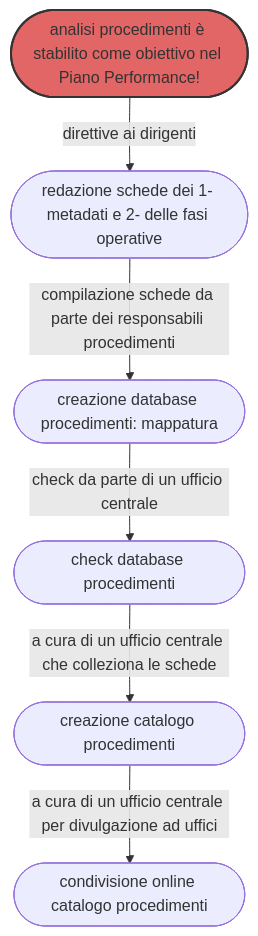
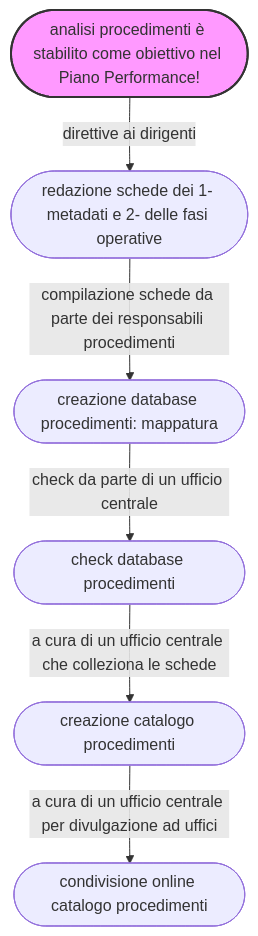
One commit to UO-TransizioneDigitaleComunePalermo/mappatura-procedimenti-amministrativi changed the diagram in docs/index.md. Above: the diagram before and after it, drawn with Mermaid. The commit also changed other lines of this file, not shown here.

````diff
--- a/docs/index.md
+++ b/docs/index.md
@@ -21,9 +21,9 @@
 ``` mermaid
 graph TD
 A([analisi procedimenti è stabilito come obiettivo nel Piano Performance!]) -->|direttive ai dirigenti| B([redazione schede dei 1- metadati e 2- delle fasi operative])
 B -->|compilazione schede da parte dei responsabili procedimenti| C([creazione database procedimenti: mappatura]) 
 C -->|check da parte di un ufficio centrale| D([check database procedimenti]) 
 D -->|a cura di un ufficio centrale che colleziona le schede| E([creazione catalogo procedimenti]) 
 E -->|a cura di un ufficio centrale per divulgazione ad uffici| F([condivisione online catalogo procedimenti])
-style A fill:#e36666,stroke:#333,stroke-width:2px
+style A fill:#f9f,stroke:#333,stroke-width:2px
 ```
````
